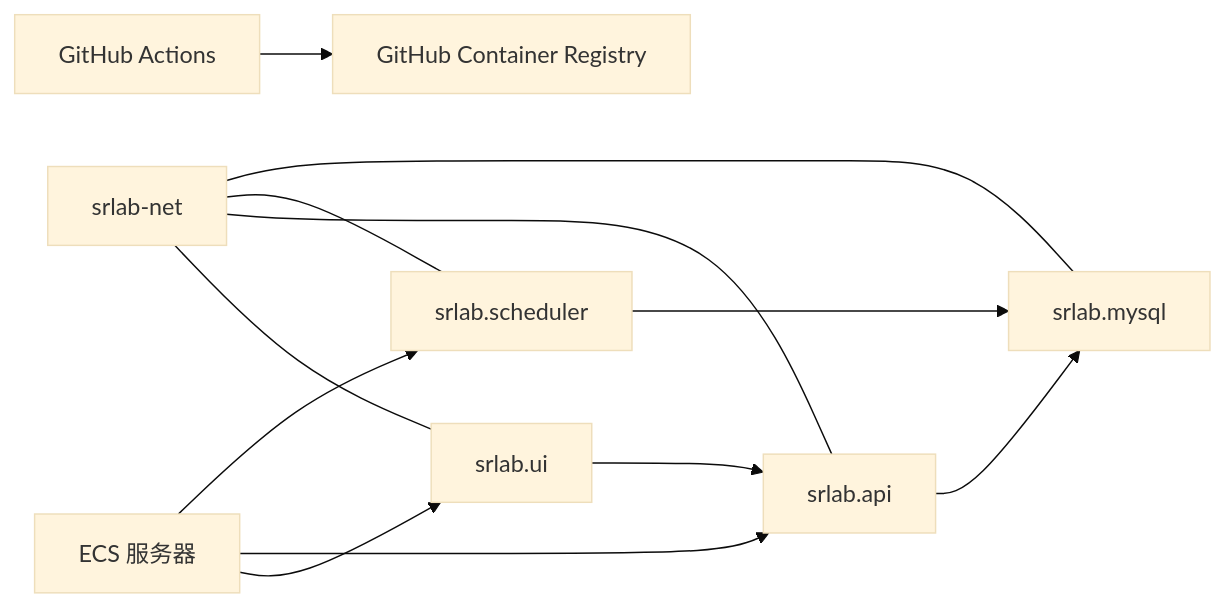
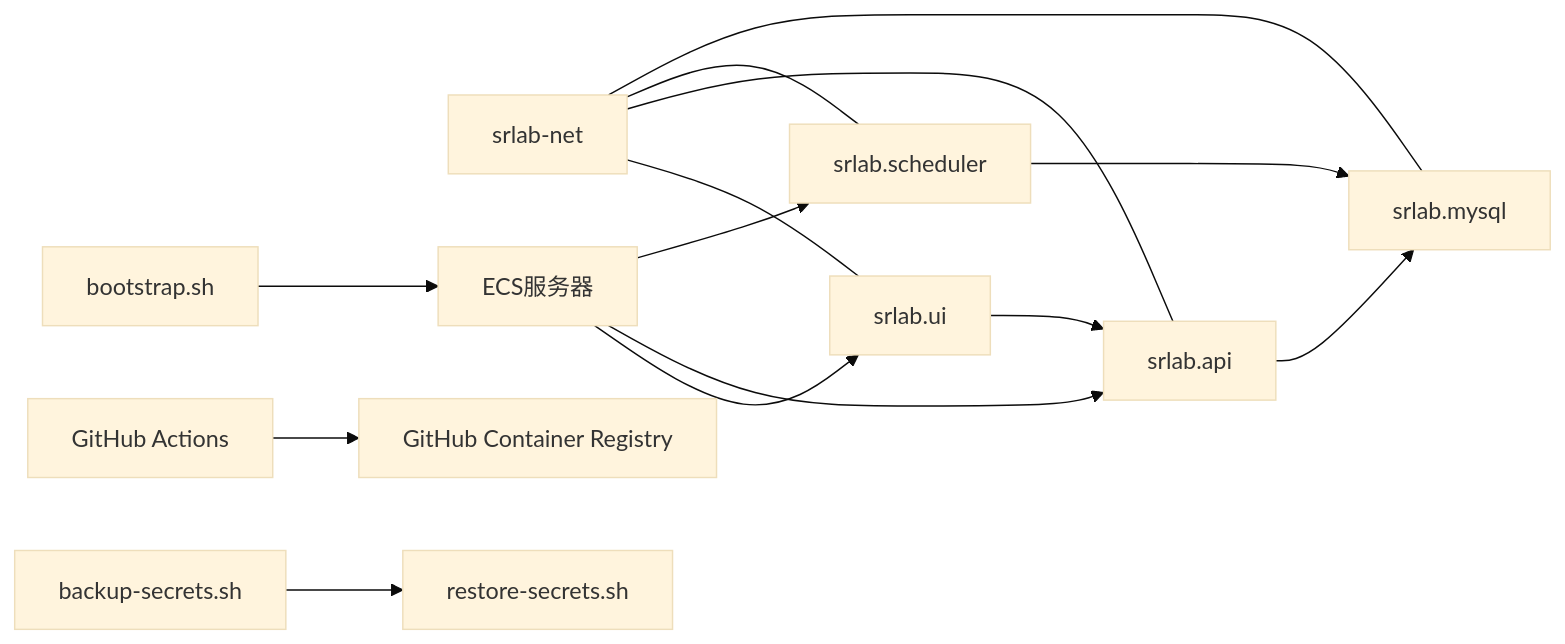
Before and after one commit to TinyMaD/SpeedRunnersLab: the fourth of 4 diagrams in .qoder/repowiki/zh/content/部署运维.md, drawn with Mermaid (base theme). The commit also changed other lines of this file and 5 other files, not shown here.

````diff
--- a/.qoder/repowiki/zh/content/部署运维.md
+++ b/.qoder/repowiki/zh/content/部署运维.md
@@ -282,14 +327,16 @@
 ```mermaid
 graph LR
 UI["srlab.ui"] --> API["srlab.api"]
 API --> DB["srlab.mysql"]
 SCHED["srlab.scheduler"] --> DB
 NET["srlab-net"] --- UI
 NET --- API
 NET --- SCHED
 NET --- DB
 GHA["GitHub Actions"] --> GHCR["GitHub Container Registry"]
-ECS["ECS 服务器"] --> UI
+ECS["ECS服务器"] --> UI
 ECS --> API
 ECS --> SCHED
+BOOT["bootstrap.sh"] --> ECS
+BACKUP["backup-secrets.sh"] --> RESTORE["restore-secrets.sh"]
 ```
````
